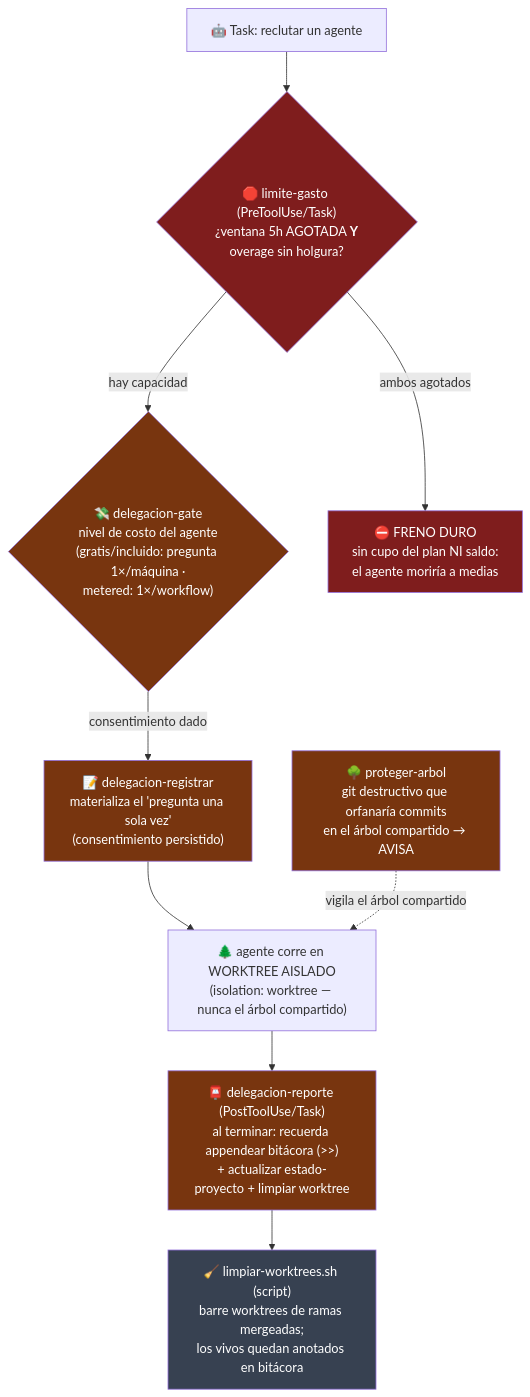
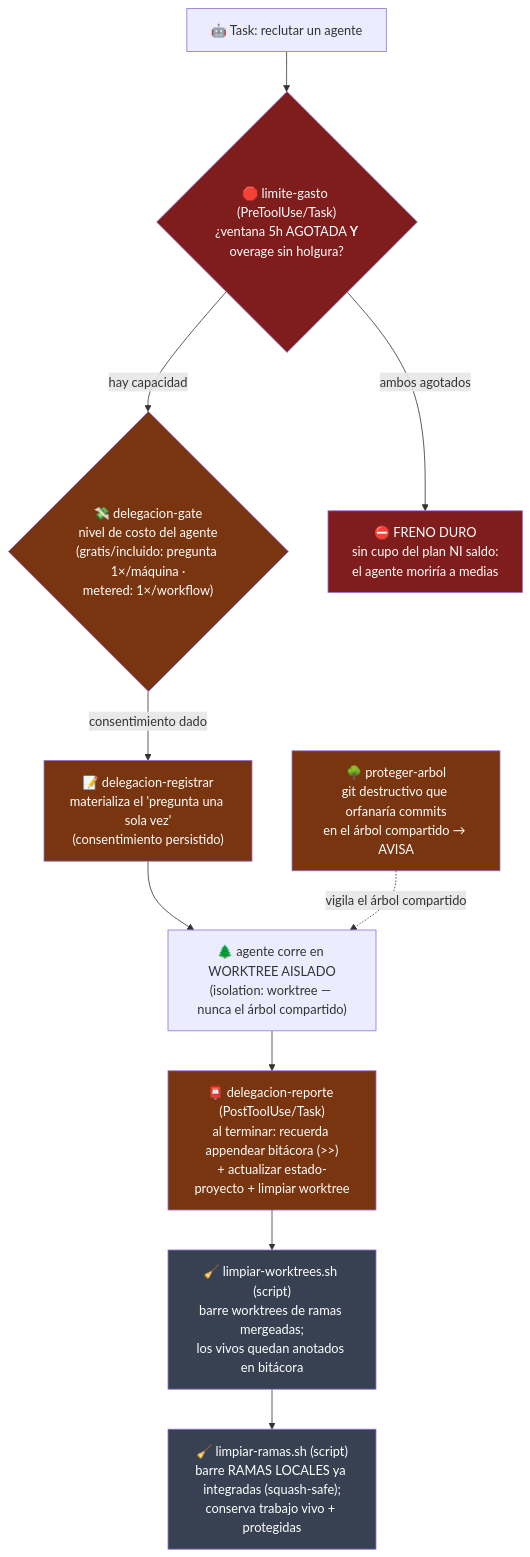
Before and after one commit to unjordi/claude-brain: the third of 4 diagrams in docs/mapa-cerebro.md, drawn with Mermaid. The commit also changed other lines of this file and 8 other files, not shown here.

First line of the commit message:
feat(cerebro): limpiar-ramas.sh — barre ramas locales integradas (antídoto a la acumulación por squash)

````diff
--- a/docs/mapa-cerebro.md
+++ b/docs/mapa-cerebro.md
@@ -134,29 +134,32 @@
 ```mermaid
 flowchart TB
     TASK["🤖 Task: reclutar un agente"]
     LG{"🛑 limite-gasto (PreToolUse/Task)<br/>¿ventana 5h AGOTADA <b>Y</b><br/>overage sin holgura?"}
     DG{"💸 delegacion-gate<br/>nivel de costo del agente<br/>(gratis/incluido: pregunta 1×/máquina ·<br/>metered: 1×/workflow)"}
     REG["📝 delegacion-registrar<br/>materializa el 'pregunta una sola vez'<br/>(consentimiento persistido)"]
     WT["🌲 agente corre en WORKTREE AISLADO<br/>(isolation: worktree — nunca el árbol compartido)"]
     PA["🌳 proteger-arbol<br/>git destructivo que orfanaría commits<br/>en el árbol compartido → AVISA"]
     REP["📮 delegacion-reporte (PostToolUse/Task)<br/>al terminar: recuerda appendear bitácora (>>)<br/>+ actualizar estado-proyecto + limpiar worktree"]
     LW["🧹 limpiar-worktrees.sh (script)<br/>barre worktrees de ramas mergeadas;<br/>los vivos quedan anotados en bitácora"]
+    LR["🧹 limpiar-ramas.sh (script)<br/>barre RAMAS LOCALES ya integradas (squash-safe);<br/>conserva trabajo vivo + protegidas"]
     FRENO["⛔ FRENO DURO<br/>sin cupo del plan NI saldo:<br/>el agente moriría a medias"]
 
     TASK --> LG
     LG -->|"ambos agotados"| FRENO
     LG -->|"hay capacidad"| DG
     DG -->|"consentimiento dado"| REG
     REG --> WT
     PA -.->|"vigila el árbol compartido"| WT
     WT --> REP
     REP --> LW
+    LW --> LR
 
     style LG fill:#7f1d1d,color:#fff
     style FRENO fill:#7f1d1d,color:#fff
     style DG fill:#78350f,color:#fff
     style REG fill:#78350f,color:#fff
     style REP fill:#78350f,color:#fff
     style PA fill:#78350f,color:#fff
     style LW fill:#374151,color:#fff
+    style LR fill:#374151,color:#fff
 ```
````
